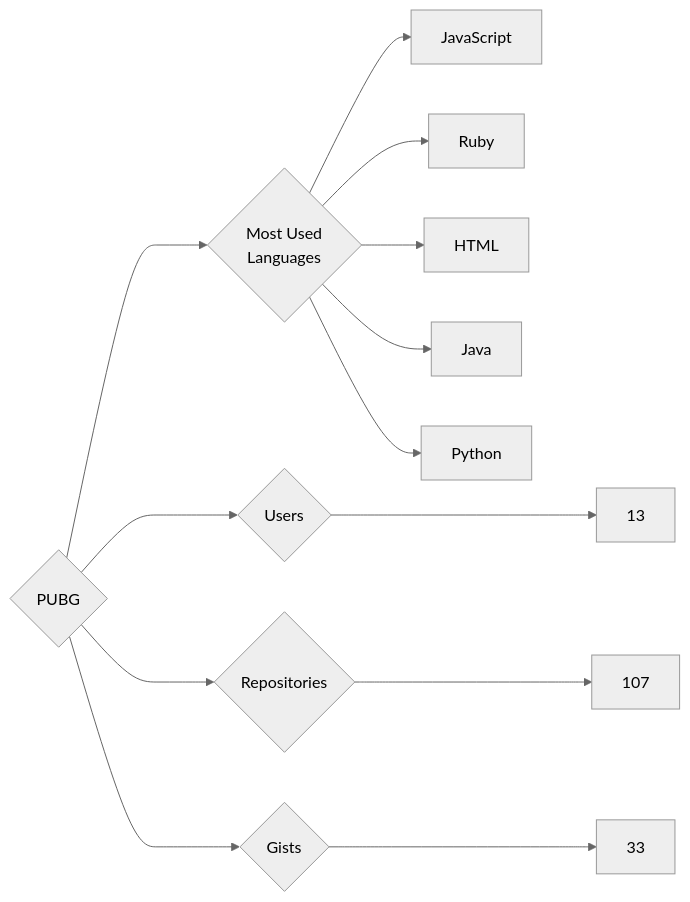
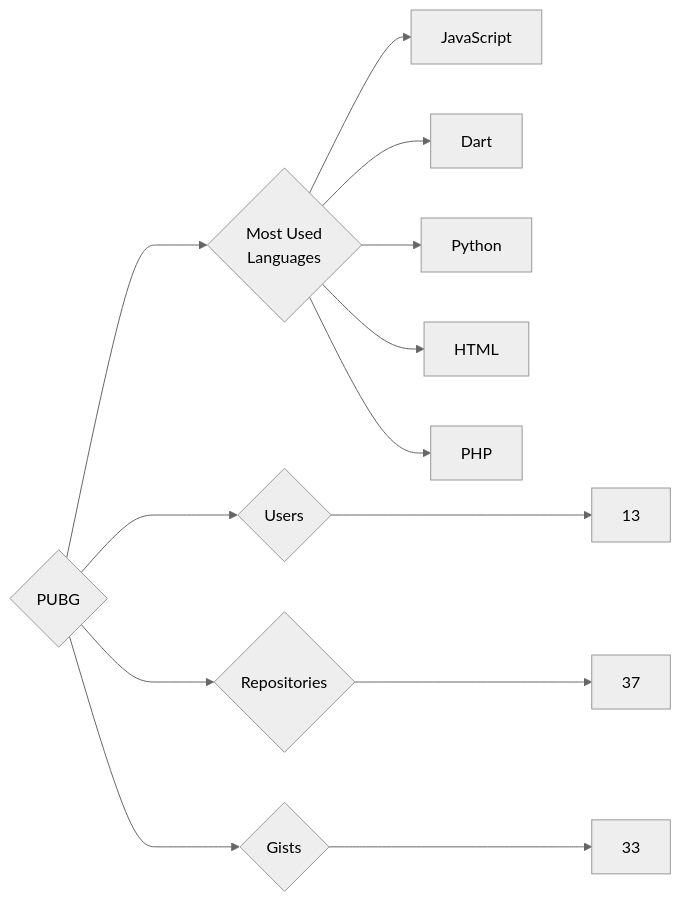
The diagram in targets/PUBG/README.md (trickest/insiders), drawn with Mermaid (neutral theme) before and after one commit. The commit also changed 969 other files, not shown here.

````diff
--- a/targets/PUBG/README.md
+++ b/targets/PUBG/README.md
@@ -3,13 +3,13 @@
 ```mermaid
 graph LR
 COMPANY_NAME{PUBG}
 COMPANY_NAME ---> U{Users} ---> UN[13]
-COMPANY_NAME ---> R{Repositories} ---> RN[107]
+COMPANY_NAME ---> R{Repositories} ---> RN[37]
 COMPANY_NAME ---> G{Gists} ---> GN[33]
 COMPANY_NAME ---> ML{Most Used<br>Languages}
 ML --> JavaScript[JavaScript]
-ML --> Ruby[Ruby]
+ML --> Dart[Dart]
+ML --> Python[Python]
 ML --> HTML[HTML]
-ML --> Java[Java]
-ML --> Python[Python]
+ML --> PHP[PHP]
 ```
````
